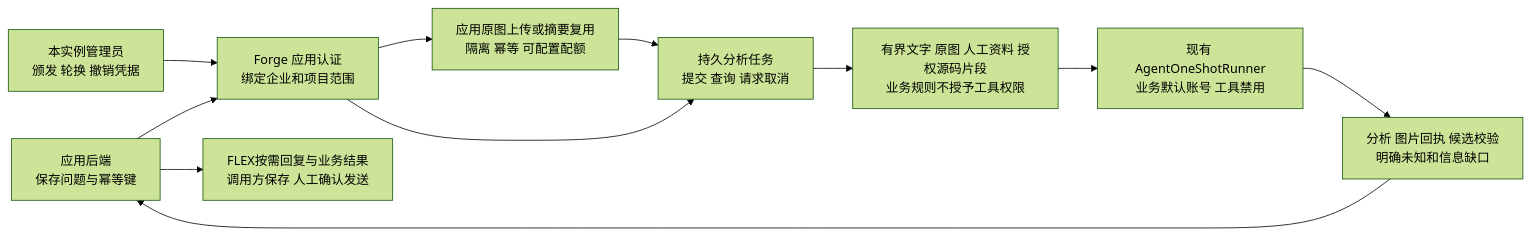
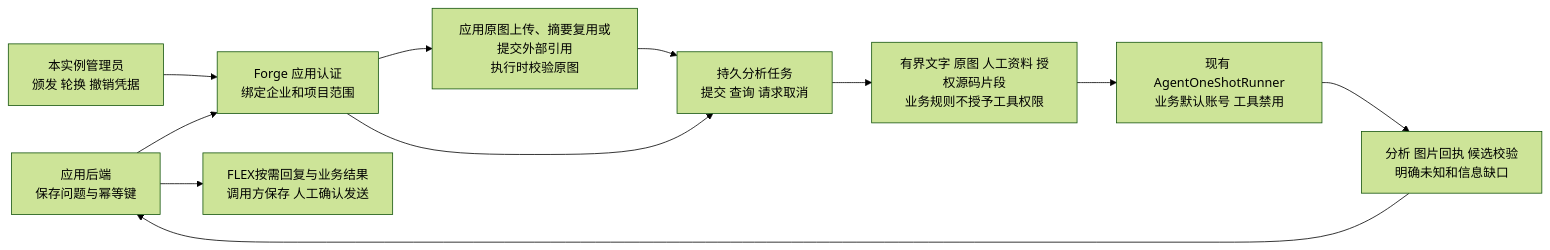
Before and after one commit to exception-coder/kai-toolbox: diagram 50 of 51 in docs/ai-coding-architecture.md, drawn with Mermaid (forest theme). The commit also changed 12 other files, not shown here.

First line of the commit message:
feat(consult): 支持按应用图片引用分析原图

````diff
--- a/docs/ai-coding-architecture.md
+++ b/docs/ai-coding-architecture.md
@@ -1261,13 +1261,13 @@
 ```mermaid
 flowchart LR
     APP["应用后端<br/>保存问题与幂等键"] --> AUTH["Forge 应用认证<br/>绑定企业和项目范围"]
     ADMIN["本实例管理员<br/>颁发 轮换 撤销凭据"] --> AUTH
-    AUTH --> IMAGE["应用原图上传或摘要复用<br/>隔离 幂等 可配置配额"]
+    AUTH --> IMAGE["应用原图上传、摘要复用或提交外部引用<br/>执行时校验原图"]
     IMAGE --> TASK["持久分析任务<br/>提交 查询 请求取消"]
     AUTH --> TASK
     TASK --> DATA["有界文字 原图 人工资料 授权源码片段<br/>业务规则不授予工具权限"]
     DATA --> AGENT["现有 AgentOneShotRunner<br/>业务默认账号 工具禁用"]
     AGENT --> CHECK["分析 图片回执 候选校验<br/>明确未知和信息缺口"]
     CHECK --> APP
     APP --> HUMAN["FLEX按需回复与业务结果<br/>调用方保存 人工确认发送"]
 ```
````
